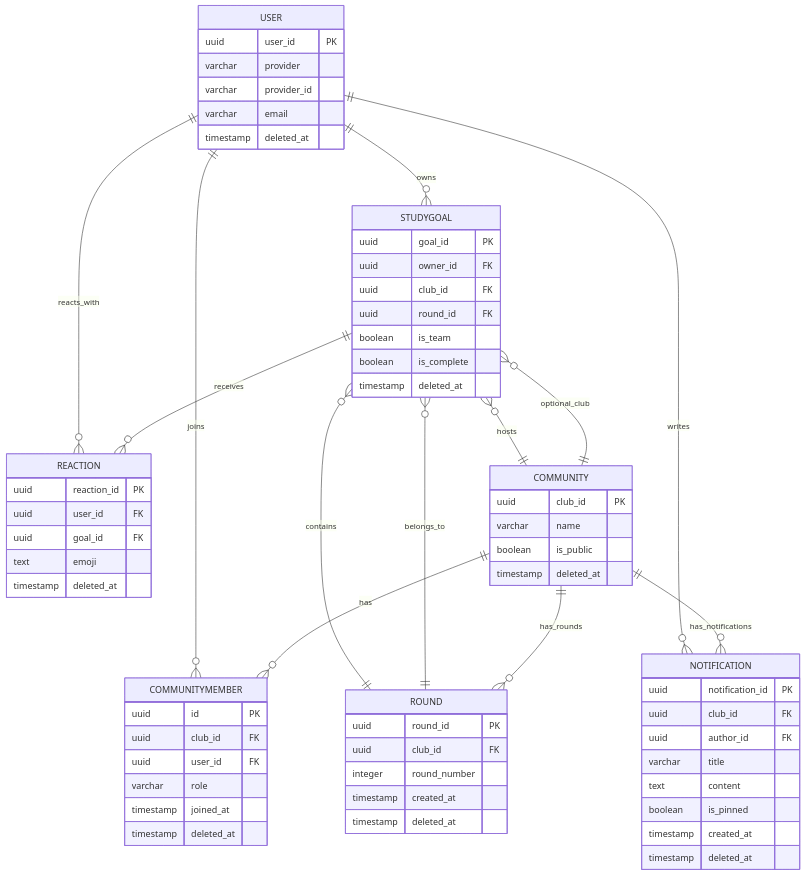
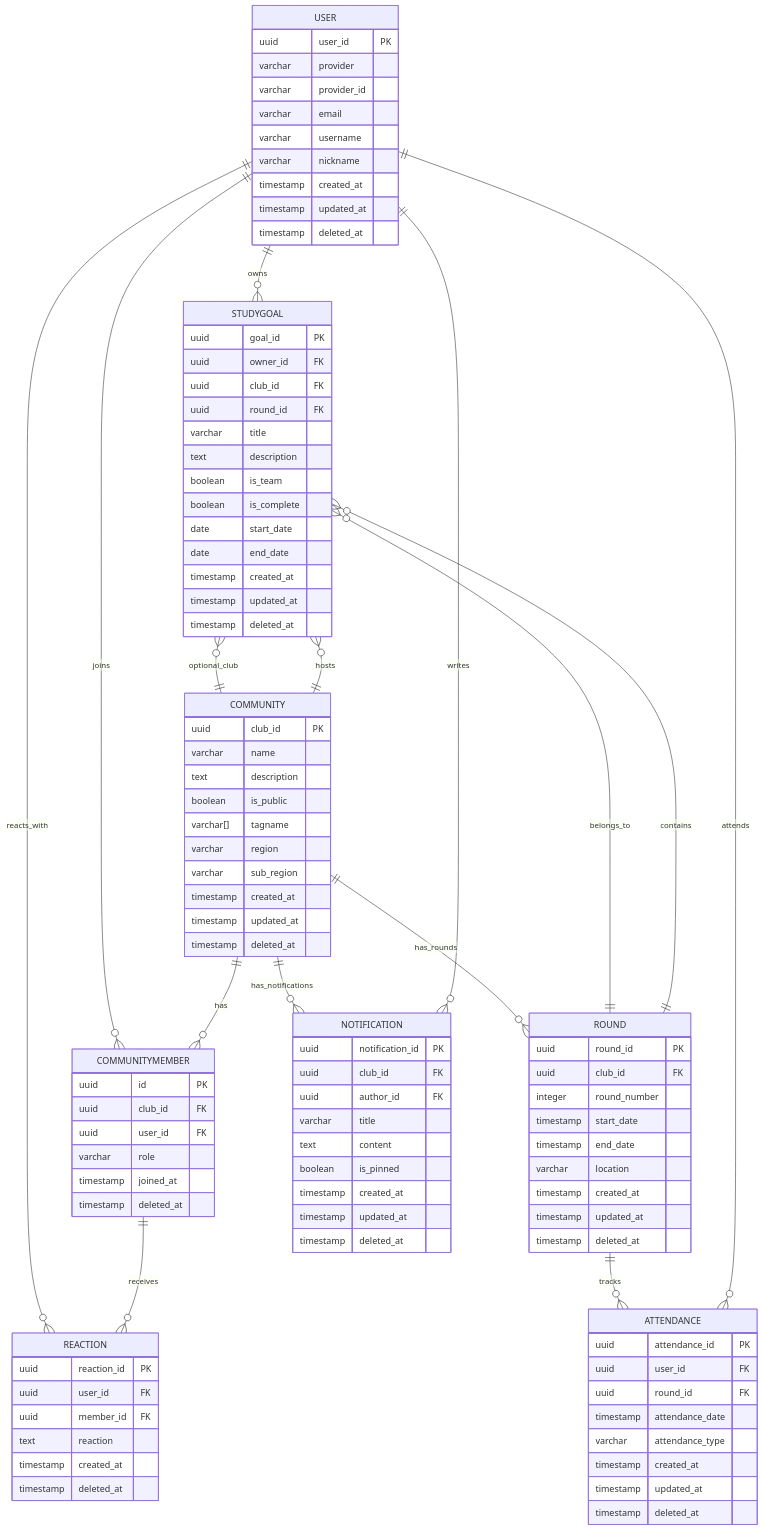
Before and after one commit to FRONTENDBOOTCAMP-14th/react_project_1: the diagram in docs/data-model.md, drawn with Mermaid. The commit also changed other lines of this file and 4 other files, not shown here.

````diff
--- a/docs/data-model.md
+++ b/docs/data-model.md
@@ -9,6 +9,10 @@
         varchar provider
         varchar provider_id
         varchar email
+        varchar username
+        varchar nickname
+        timestamp created_at
+        timestamp updated_at
         timestamp deleted_at
     }
     STUDYGOAL {
@@ -16,21 +20,34 @@
         uuid owner_id FK
         uuid club_id FK
         uuid round_id FK
+        varchar title
+        text description
         boolean is_team
         boolean is_complete
+        date start_date
+        date end_date
+        timestamp created_at
+        timestamp updated_at
         timestamp deleted_at
     }
     REACTION {
         uuid reaction_id PK
         uuid user_id FK
-        uuid goal_id FK
-        text emoji
+        uuid member_id FK
+        text reaction
+        timestamp created_at
         timestamp deleted_at
     }
     COMMUNITY {
         uuid club_id PK
         varchar name
+        text description
         boolean is_public
+        varchar[] tagname
+        varchar region
+        varchar sub_region
+        timestamp created_at
+        timestamp updated_at
         timestamp deleted_at
     }
     COMMUNITYMEMBER {
@@ -45,7 +62,11 @@
         uuid round_id PK
         uuid club_id FK
         integer round_number
+        timestamp start_date
+        timestamp end_date
+        varchar location
         timestamp created_at
+        timestamp updated_at
         timestamp deleted_at
     }
     NOTIFICATION {
@@ -56,19 +77,32 @@
         text content
         boolean is_pinned
         timestamp created_at
+        timestamp updated_at
+        timestamp deleted_at
+    }
+    ATTENDANCE {
+        uuid attendance_id PK
+        uuid user_id FK
+        uuid round_id FK
+        timestamp attendance_date
+        varchar attendance_type
+        timestamp created_at
+        timestamp updated_at
         timestamp deleted_at
     }
 
     USER ||--o{ STUDYGOAL : owns
-    STUDYGOAL ||--o{ REACTION : receives
     USER ||--o{ REACTION : reacts_with
+    COMMUNITYMEMBER ||--o{ REACTION : receives
+    USER ||--o{ COMMUNITYMEMBER : joins
     COMMUNITY ||--o{ STUDYGOAL : hosts
     STUDYGOAL }o--|| COMMUNITY : optional_club
     COMMUNITY ||--o{ COMMUNITYMEMBER : has
-    USER ||--o{ COMMUNITYMEMBER : joins
     COMMUNITY ||--o{ ROUND : has_rounds
     ROUND ||--o{ STUDYGOAL : contains
     STUDYGOAL }o--|| ROUND : belongs_to
     COMMUNITY ||--o{ NOTIFICATION : has_notifications
     USER ||--o{ NOTIFICATION : writes
+    ROUND ||--o{ ATTENDANCE : tracks
+    USER ||--o{ ATTENDANCE : attends
 ```
````
